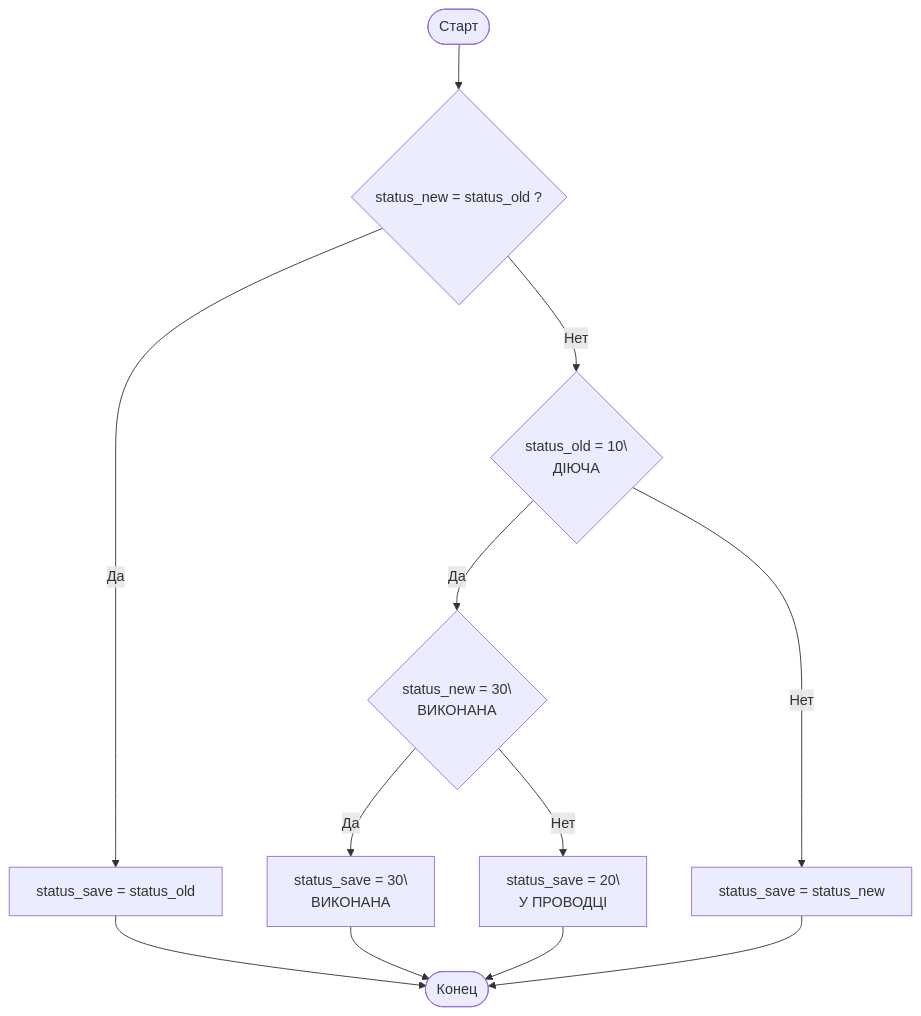
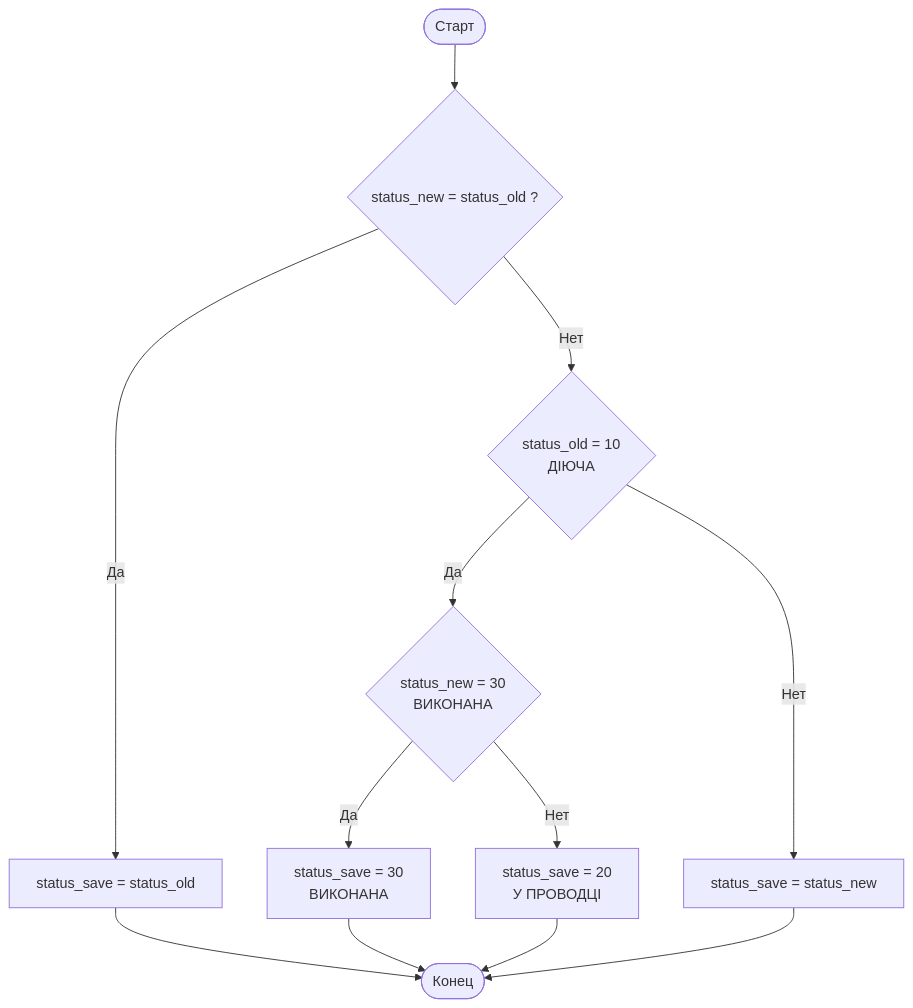
One commit to vvxsoni/Danube_help changed the diagram in docs/ilk_001_main.md. Above: the diagram before and after it, drawn with Mermaid.

````diff
--- a/docs/ilk_001_main.md
+++ b/docs/ilk_001_main.md
@@ -75,10 +75,10 @@
 ```mermaid 
 flowchart TB
   A([Старт]) --> B{status_new = status_old ?}
   B -- Да --> C[status_save = status_old] --> Z([Конец])
-  B -- Нет --> D{status_old = 10\\nДІЮЧА}
-  D -- Да --> E{status_new = 30\\nВИКОНАНА}
-  E -- Да --> F[status_save = 30\\nВИКОНАНА] --> Z
-  E -- Нет --> G[status_save = 20\\nУ ПРОВОДЦІ] --> Z
+  B -- Нет --> D{status_old = 10<br/>ДІЮЧА}
+  D -- Да --> E{status_new = 30<br/>ВИКОНАНА}
+  E -- Да --> F[status_save = 30<br/>ВИКОНАНА] --> Z
+  E -- Нет --> G[status_save = 20<br/>У ПРОВОДЦІ] --> Z
   D -- Нет --> H[status_save = status_new] --> Z
 ```
````
